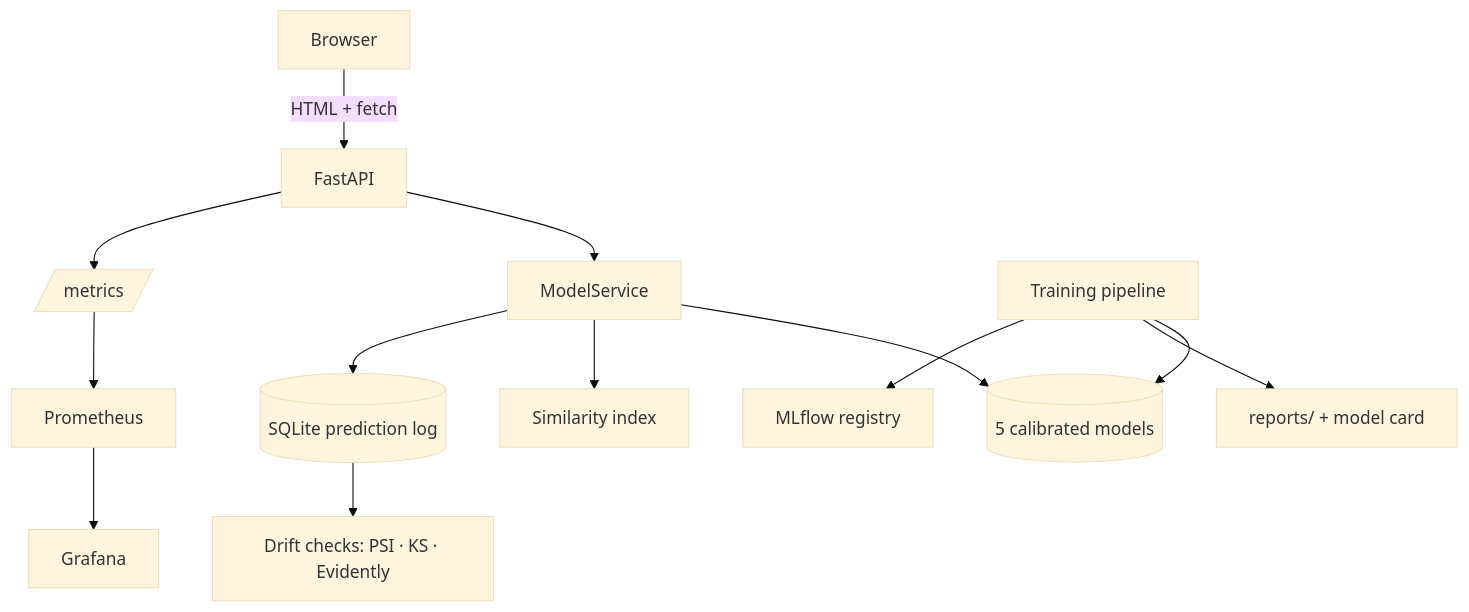
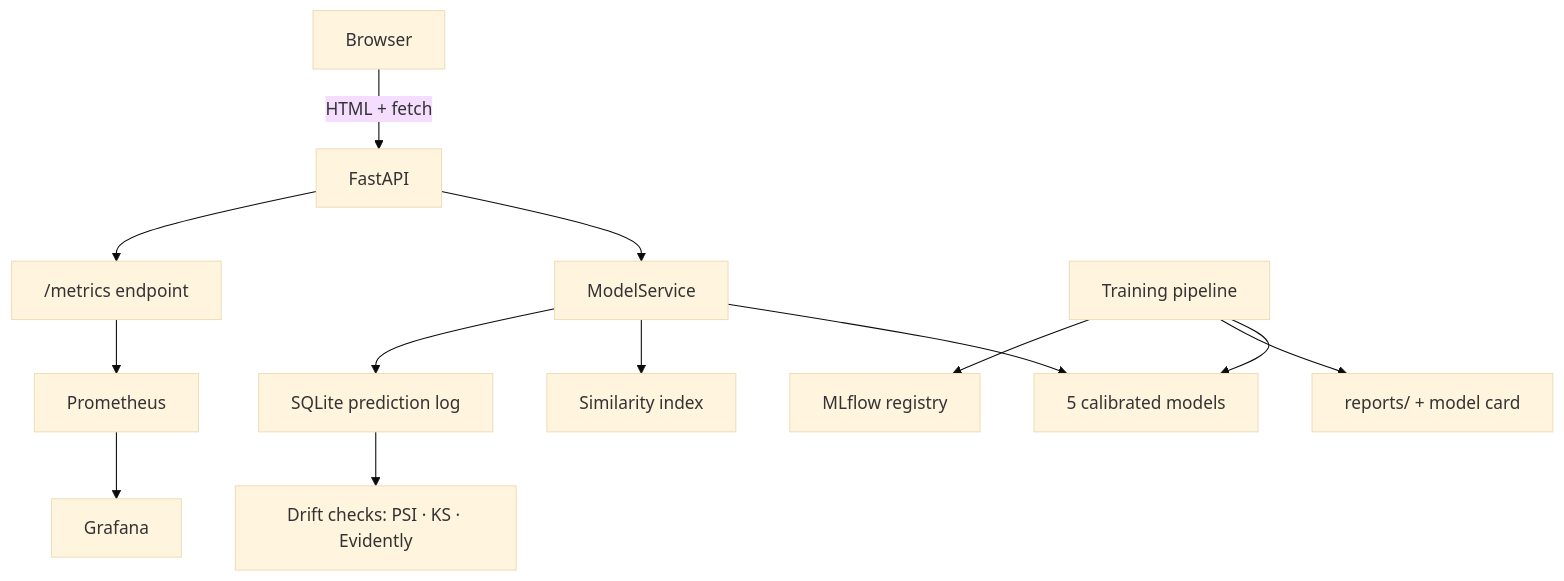
One commit to Gannina-SriMadhav/Fake-Review-Detection-System changed the third of 3 diagrams in README.md. Above: the diagram before and after it, drawn with Mermaid (base theme). The commit also changed other lines of this file, not shown here.

Commit message:
Fix Mermaid diagrams: quote node labels

````diff
--- a/README.md
+++ b/README.md
@@ -171,11 +171,11 @@
 ```mermaid
 flowchart TB
-  U[Browser] -->|HTML + fetch| API[FastAPI]
-  API --> SVC[ModelService]
-  SVC --> M[(5 calibrated models)]
-  SVC --> SIM[Similarity index]
-  SVC --> LOG[(SQLite prediction log)]
-  API --> PM[/metrics/] --> PR[Prometheus] --> GR[Grafana]
-  LOG --> DR[Drift checks: PSI · KS · Evidently]
-  TR[Training pipeline] --> M & REP[reports/ + model card] & ML[MLflow registry]
+  U["Browser"] -->|HTML + fetch| API["FastAPI"]
+  API --> SVC["ModelService"]
+  SVC --> M["5 calibrated models"]
+  SVC --> SIM["Similarity index"]
+  SVC --> LOG["SQLite prediction log"]
+  API --> PM["/metrics endpoint"] --> PR["Prometheus"] --> GR["Grafana"]
+  LOG --> DR["Drift checks: PSI · KS · Evidently"]
+  TR["Training pipeline"] --> M & REP["reports/ + model card"] & ML["MLflow registry"]
 ```
````
